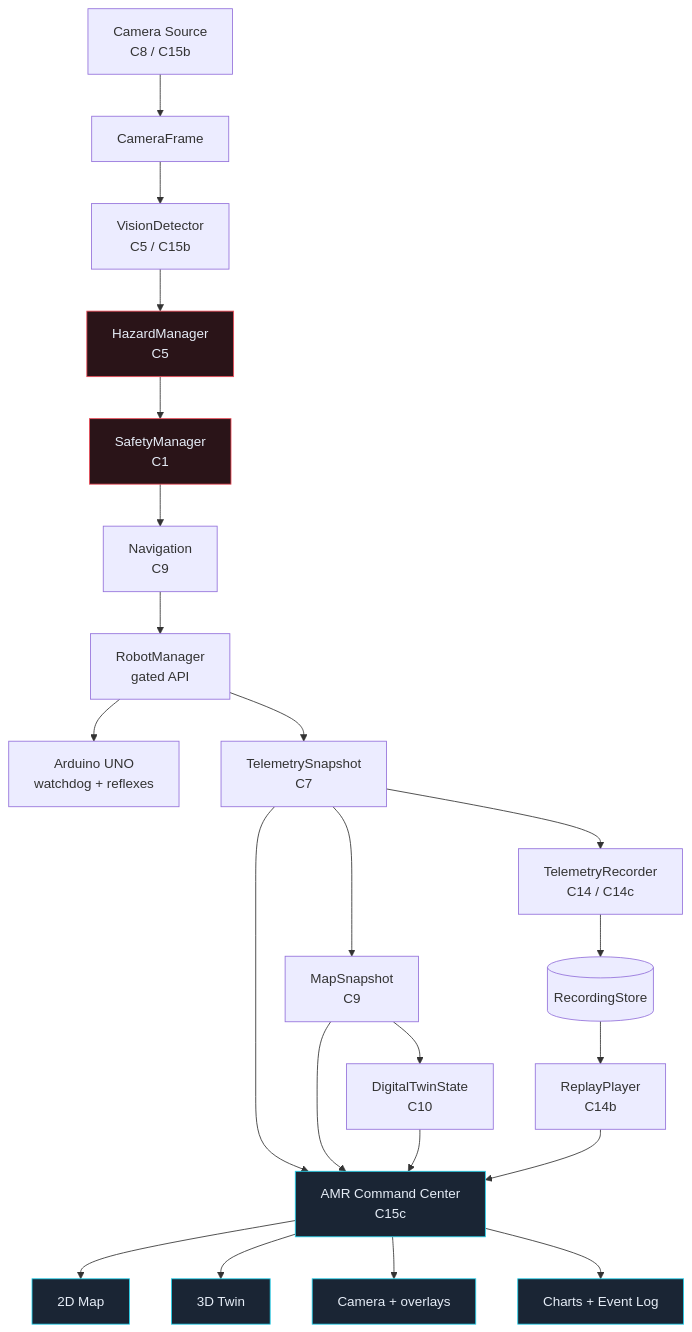
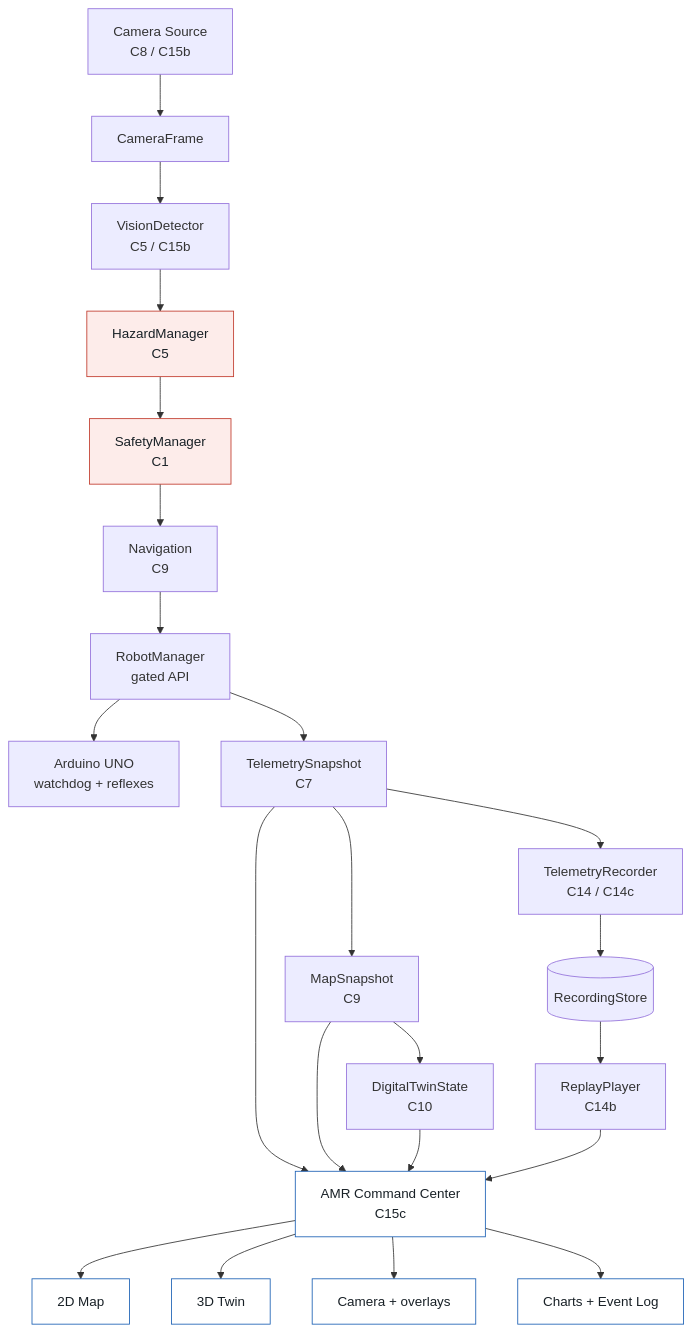
Before and after one commit to abhijeet1267/amr: the diagram in README.md, drawn with Mermaid. The commit also changed other lines of this file and 77 other files, not shown here.

````diff
--- a/README.md
+++ b/README.md
@@ -182,32 +182,32 @@
 ```mermaid
 flowchart TD
     CAM[Camera Source<br/>C8 / C15b] --> FRAME[CameraFrame]
     FRAME --> DET[VisionDetector<br/>C5 / C15b]
     DET --> HZ[HazardManager<br/>C5]
     HZ --> SAFE[SafetyManager<br/>C1]
     SAFE --> NAV[Navigation<br/>C9]
     NAV --> MGR[RobotManager<br/>gated API]
     MGR --> ARD[Arduino UNO<br/>watchdog + reflexes]
 
     MGR --> TEL[TelemetrySnapshot<br/>C7]
     TEL --> MAP[MapSnapshot<br/>C9]
     MAP --> SNAP[DigitalTwinState<br/>C10]
 
     TEL --> CC[AMR Command Center<br/>C15c]
     MAP --> CC
     SNAP --> CC
     CC --> V2D[2D Map]
     CC --> V3D[3D Twin]
     CC --> VCAM[Camera + overlays]
     CC --> VCHART[Charts + Event Log]
 
     TEL --> REC[TelemetryRecorder<br/>C14 / C14c]
     REC --> STORE[(RecordingStore)]
     STORE --> REP[ReplayPlayer<br/>C14b]
     REP --> CC
 
-    classDef view fill:#1a2534,stroke:#22d3ee,color:#e6edf7
-    classDef safety fill:#2a1418,stroke:#ef4d5a,color:#e6edf7
+    classDef view fill:#ffffff,stroke:#1a5fb4,color:#182026
+    classDef safety fill:#fdecea,stroke:#c0392b,color:#182026
     class V2D,V3D,VCAM,VCHART,CC view
     class SAFE,HZ safety
 ```
````
